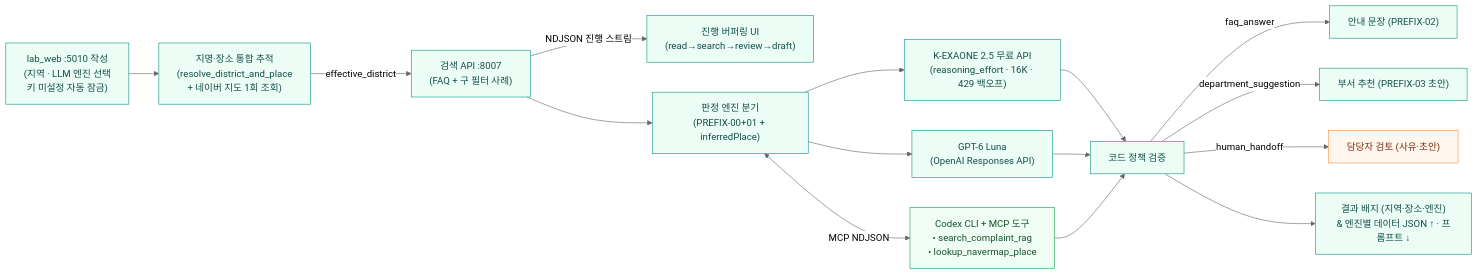
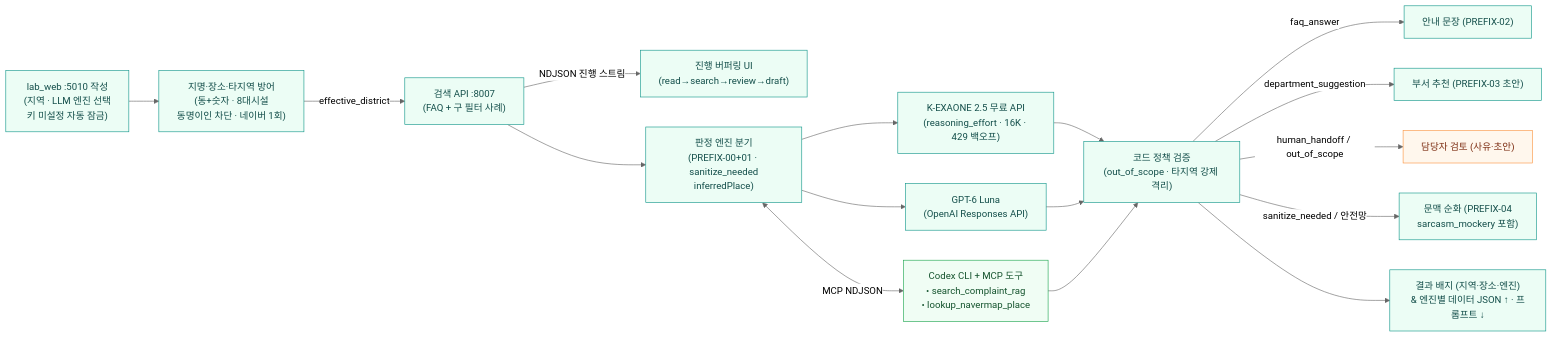
One commit to hy040504/ai-complaint-process changed the first of 4 diagrams in README.md. Above: the diagram before and after it, drawn with Mermaid (neutral theme). The commit also changed other lines of this file and 24 other files, not shown here.

````diff
--- a/README.md
+++ b/README.md
@@ -126,23 +128,24 @@
 ```mermaid
 flowchart LR
-    W["lab_web :5010 작성<br/>(지역 · LLM 엔진 선택<br/>키 미설정 자동 잠금)"] --> D["지명·장소 통합 추적<br/>(resolve_district_and_place<br/>+ 네이버 지도 1회 조회)"]
+    W["lab_web :5010 작성<br/>(지역 · LLM 엔진 선택<br/>키 미설정 자동 잠금)"] --> D["지명·장소·타지역 방어<br/>(동+숫자 · 8대시설<br/>동명이인 차단 · 네이버 1회)"]
     D -->|"effective_district"| S["검색 API :8007<br/>(FAQ + 구 필터 사례)"]
     S -->|"NDJSON 진행 스트림"| P["진행 버퍼링 UI<br/>(read→search→review→draft)"]
-    S --> C["판정 엔진 분기<br/>(PREFIX-00+01 + inferredPlace)"]
+    S --> C["판정 엔진 분기<br/>(PREFIX-00+01 · sanitize_needed<br/>inferredPlace)"]
     C --> E1["K-EXAONE 2.5 무료 API<br/>(reasoning_effort · 16K · 429 백오프)"]
     C --> E2["GPT-6 Luna<br/>(OpenAI Responses API)"]
     C <-->|"MCP NDJSON"| M["Codex CLI + MCP 도구<br/>• search_complaint_rag<br/>• lookup_navermap_place"]
-    E1 --> V["코드 정책 검증"]
+    E1 --> V["코드 정책 검증<br/>(out_of_scope · 타지역 강제 격리)"]
     E2 --> V
     M --> V
     V -->|faq_answer| F["안내 문장 (PREFIX-02)"]
     V -->|department_suggestion| B["부서 추천 (PREFIX-03 초안)"]
-    V -->|human_handoff| H["담당자 검토 (사유·초안)"]
+    V -->|human_handoff / out_of_scope| H["담당자 검토 (사유·초안)"]
+    V -->|sanitize_needed / 안전망| Z["문맥 순화 (PREFIX-04<br/>sarcasm_mockery 포함)"]
     V --> O["결과 배지 (지역·장소·엔진)<br/>& 엔진별 데이터 JSON ↑ · 프롬프트 ↓"]
     classDef ready fill:#ecfdf5,stroke:#0d9488,color:#134e4a
     classDef human fill:#fff7ed,stroke:#fb923c,color:#7c2d12
     classDef tool fill:#f0fdf4,stroke:#16a34a,color:#14532d
-    class W,D,S,P,C,E1,E2,V,F,B,O ready
+    class W,D,S,P,C,E1,E2,V,F,B,Z,O ready
     class H human
     class M tool
 ```
````
